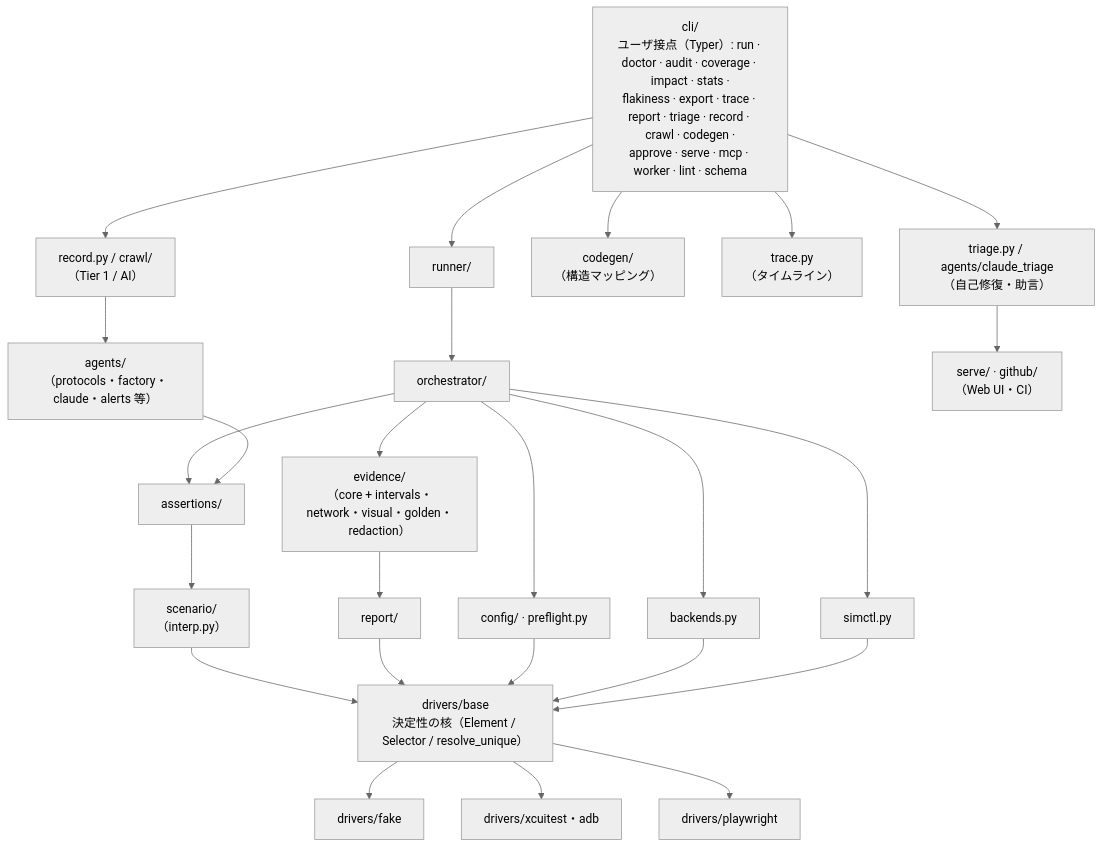
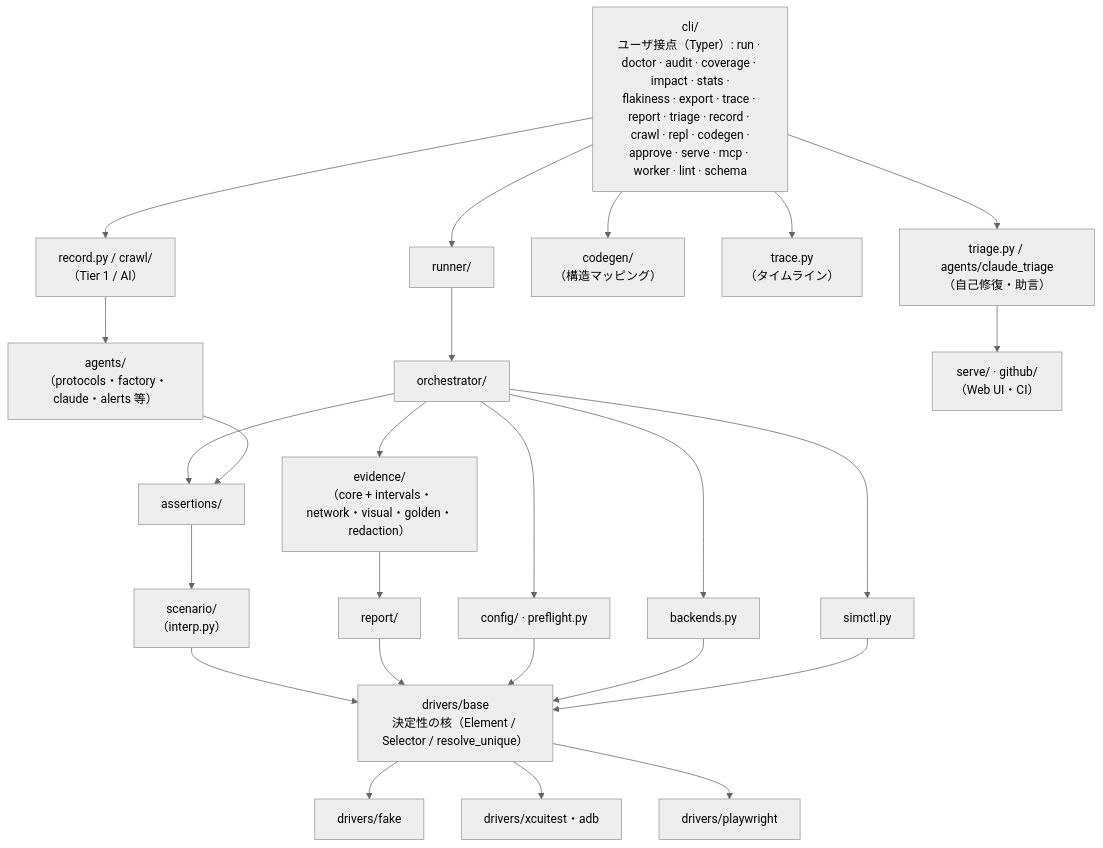
One commit to bajutsu-e2e/bajutsu changed the second of 2 diagrams in docs/ja/architecture.md. Above: the diagram before and after it, drawn with Mermaid (neutral theme). The commit also changed other lines of this file and 29 other files, not shown here.

````diff
--- a/docs/ja/architecture.md
+++ b/docs/ja/architecture.md
@@ -147,59 +148,59 @@
 ```mermaid
 flowchart TB
-    cli["cli/<br/>ユーザ接点（Typer）: run · doctor · audit · coverage · impact · stats ·<br/>flakiness · export · trace · report · triage · record · crawl · codegen ·<br/>approve · serve · mcp · worker · lint · schema"]
+    cli["cli/<br/>ユーザ接点（Typer）: run · doctor · audit · coverage · impact · stats ·<br/>flakiness · export · trace · report · triage · record · crawl · repl · codegen ·<br/>approve · serve · mcp · worker · lint · schema"]
 
     runner["runner/"]
     record["record.py / crawl/<br/>（Tier 1 / AI）"]
     codegen["codegen/<br/>（構造マッピング）"]
     trace["trace.py<br/>（タイムライン）"]
     triage["triage.py / agents/claude_triage<br/>（自己修復・助言）"]
 
     orch["orchestrator/"]
     agentStuff["agents/<br/>（protocols・factory・claude・alerts 等）"]
     serveGh["serve/ · github/<br/>（Web UI・CI）"]
 
     assertions["assertions/"]
     evidence["evidence/<br/>（core + intervals・network・visual・golden・redaction）"]
 
     scenario["scenario/<br/>（interp.py）"]
     report["report/"]
     config["config/ · preflight.py"]
     backends["backends.py"]
     simctl["simctl.py"]
 
     base["drivers/base<br/>決定性の核（Element / Selector / resolve_unique）"]
 
     fake["drivers/fake"]
     ios["drivers/xcuitest・adb"]
     pw["drivers/playwright"]
 
     cli --> runner
     cli --> record
     cli --> codegen
     cli --> trace
     cli --> triage
 
     runner --> orch
     record --> agentStuff
     triage --> serveGh
 
     orch --> assertions
     orch --> evidence
     agentStuff --> assertions
 
     assertions --> scenario
     evidence --> report
     orch --> config
     orch --> backends
     orch --> simctl
 
     scenario --> base
     report --> base
     config --> base
     backends --> base
     simctl --> base
 
     base --> fake
     base --> ios
     base --> pw
 ```
````
